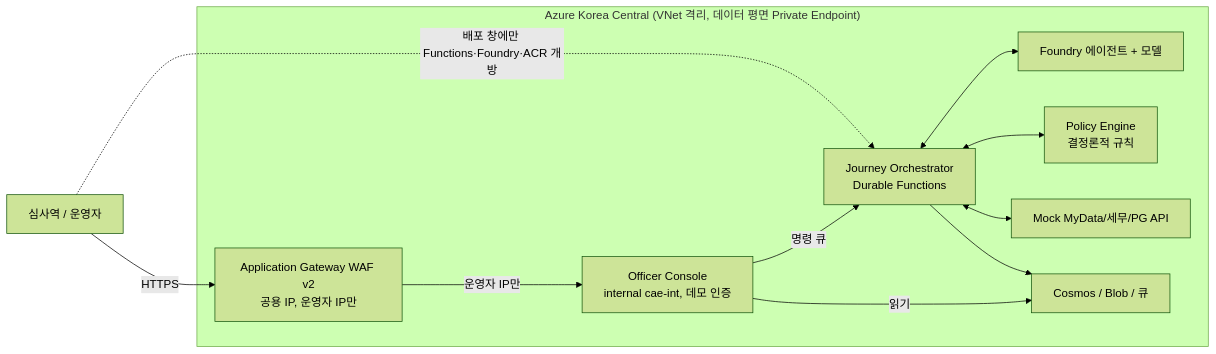
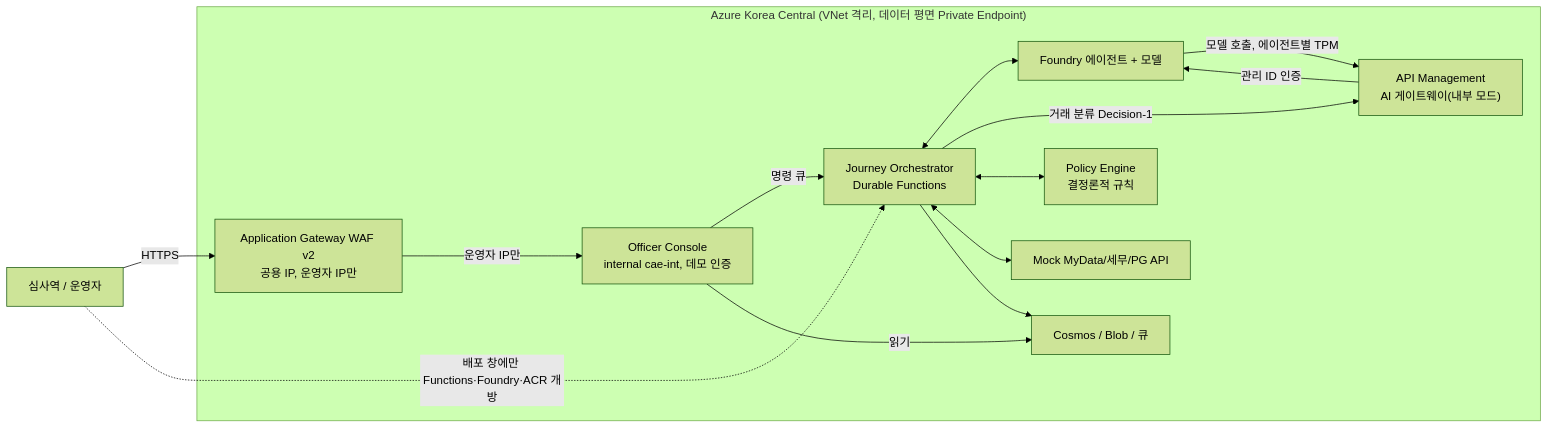
The diagram in README.md (freeman9844/ms-ama-04), drawn with Mermaid (forest theme) before and after one commit. The commit also changed other lines of this file, not shown here.

First line of the commit message:
docs(readme): add APIM to diagram, post-measure fixed costs, P7-AppGW history, console IP note

````diff
--- a/README.md
+++ b/README.md
@@ -7,22 +7,26 @@
 ```mermaid
 flowchart LR
   officer["심사역 / 운영자"]
   subgraph azure["Azure Korea Central (VNet 격리, 데이터 평면 Private Endpoint)"]
     gw["Application Gateway WAF v2<br/>공용 IP, 운영자 IP만"]
     console["Officer Console<br/>internal cae-int, 데모 인증"]
     orch["Journey Orchestrator<br/>Durable Functions"]
     foundry["Foundry 에이전트 + 모델"]
+    apim["API Management<br/>AI 게이트웨이(내부 모드)"]
     policy["Policy Engine<br/>결정론적 규칙"]
     mock["Mock MyData/세무/PG API"]
     data["Cosmos / Blob / 큐"]
   end
   officer -->|HTTPS| gw
   gw -->|운영자 IP만| console
   console -->|명령 큐| orch
   console -->|읽기| data
   orch <--> foundry
+  foundry -->|모델 호출, 에이전트별 TPM| apim
+  orch -->|거래 분류 Decision-1| apim
+  apim -->|관리 ID 인증| foundry
   orch <--> policy
   orch <--> mock
   orch --> data
   officer -.->|배포 창에만 Functions·Foundry·ACR 개방| orch
 ```
````
